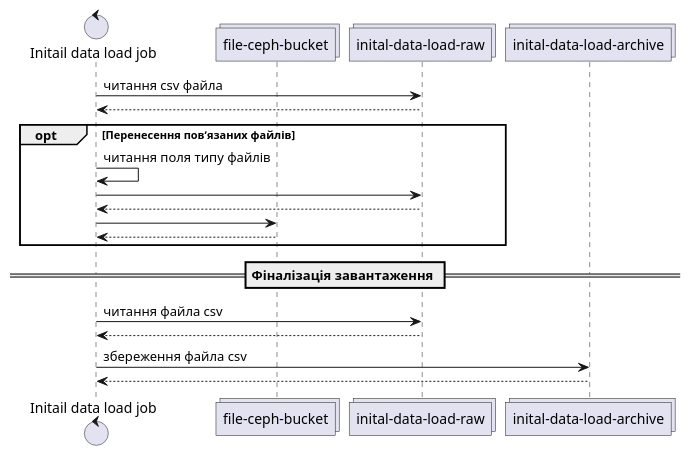
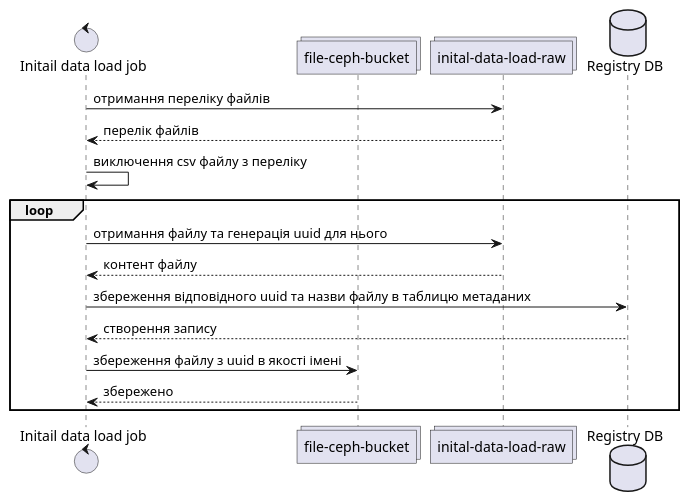
Before and after one commit to epam/edp-ddm-architecture: the second of 2 diagrams in docs/ua/modules/arch/pages/architecture-workspace/platform-evolution/initial-load/inital-load.adoc, drawn with PlantUML. The commit also changed other lines of this file, not shown here.

Commit message:
[EDP-DDM-00000] Draft added

```diff
--- a/docs/ua/modules/arch/pages/architecture-workspace/platform-evolution/initial-load/inital-load.adoc
+++ b/docs/ua/modules/arch/pages/architecture-workspace/platform-evolution/initial-load/inital-load.adoc
@@ -279,25 +286,20 @@
 [plantuml]
 ----
 control "Initail data load job" as job
 collections "file-ceph-bucket" as file
 collections "inital-data-load-raw" as raw
-collections "inital-data-load-archive" as arc
+database "Registry DB" as db
 
-job -> raw: читання csv файла
-return
 
-opt  Перенесення повʼязаних файлів
-job -> job: читання поля типу файлів
-job -> raw
-return
-job -> file
-return
+job -> raw: отримання переліку файлів
+return перелік файлів
+job -> job: виключення csv файлу з переліку
+loop
+job -> raw: отримання файлу та генерація uuid для нього
+return контент файлу
+job -> db: збереження відповідного uuid та назви файлу в таблицю метаданих
+return створення запису
+job -> file: збереження файлу з uuid в якості імені
+return збережено
 end
-
-== Фіналізація завантаження ==
-job -> raw: читання файла csv
-return
-job -> arc: збереження файла csv
-return
-
 ----
```
